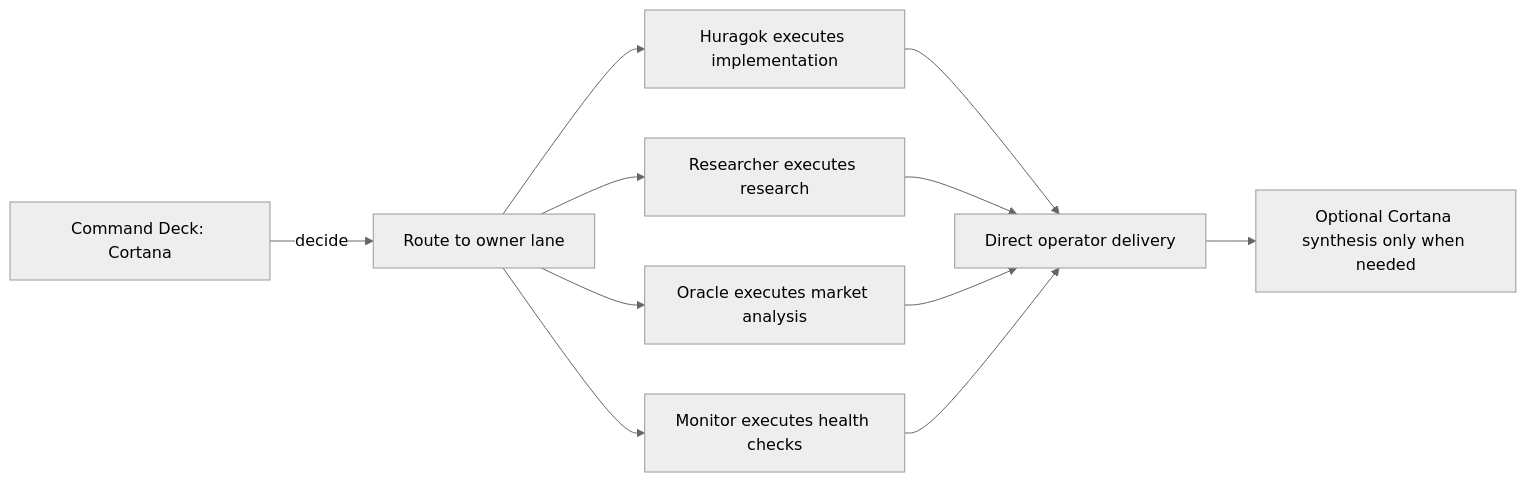
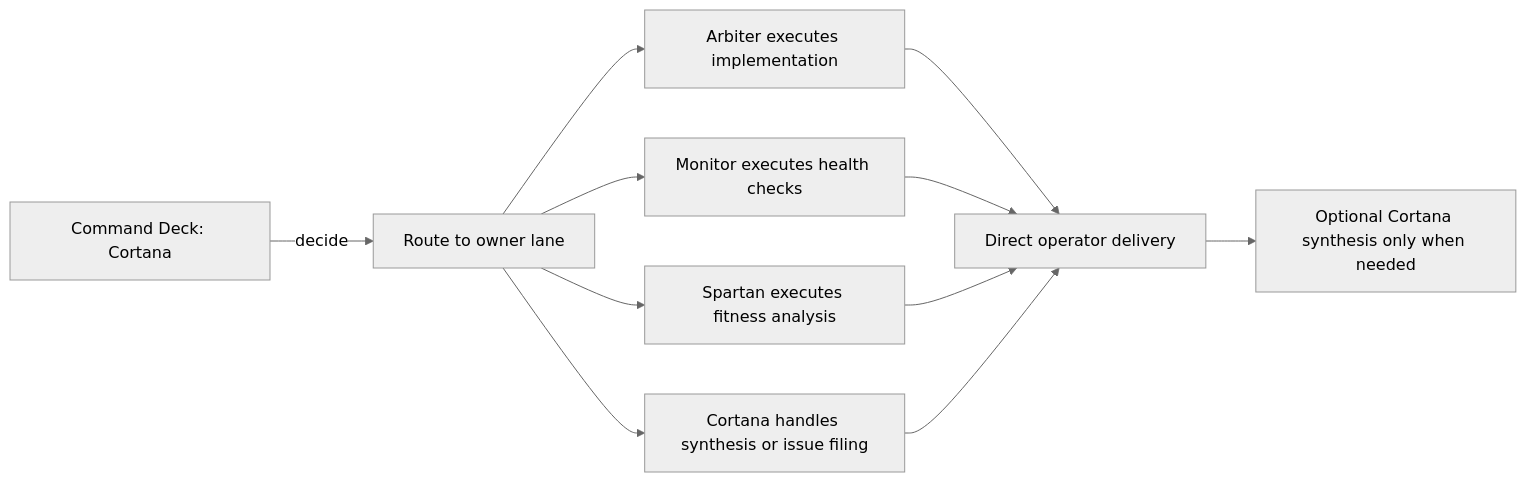
The sixth of 10 diagrams in README.md (hd719/cortana), drawn with Mermaid (neutral theme) before and after one commit. The commit also changed other lines of this file and 100 other files, not shown here.

````diff
--- a/README.md
+++ b/README.md
@@ -375,13 +364,13 @@
 ```mermaid
 graph LR
   CD[Command Deck: Cortana] -->|decide| ROUTE[Route to owner lane]
-  ROUTE --> EXE1[Huragok executes implementation]
-  ROUTE --> EXE2[Researcher executes research]
-  ROUTE --> EXE3[Oracle executes market analysis]
-  ROUTE --> EXE4[Monitor executes health checks]
+  ROUTE --> EXE1[Arbiter executes implementation]
+  ROUTE --> EXE2[Monitor executes health checks]
+  ROUTE --> EXE3[Spartan executes fitness analysis]
+  ROUTE --> EXE4[Cortana handles synthesis or issue filing]
   EXE1 --> OUT[Direct operator delivery]
   EXE2 --> OUT
   EXE3 --> OUT
   EXE4 --> OUT
   OUT --> SYN[Optional Cortana synthesis only when needed]
 ```
````
